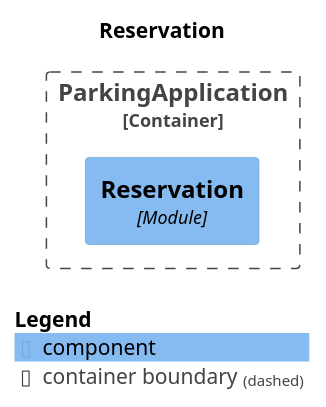
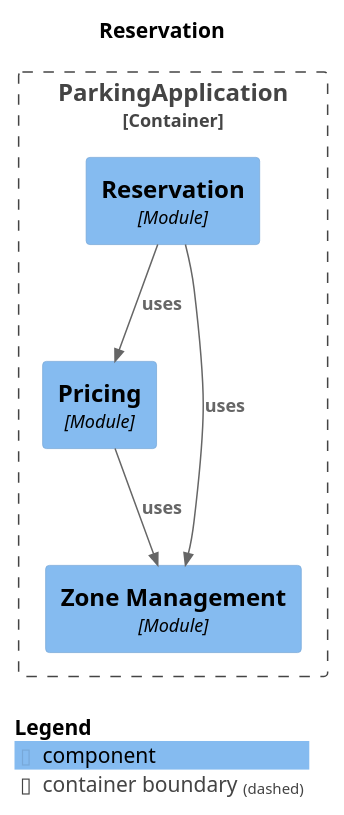
The diagram in target/spring-modulith-docs/module-reservation.puml (VladTZY/Erasmus-CarParking), drawn with PlantUML before and after one commit. The commit also changed 30 other files, not shown here.

```diff
--- a/target/spring-modulith-docs/module-reservation.puml
+++ b/target/spring-modulith-docs/module-reservation.puml
@@ -1,17 +1,22 @@
 @startuml
 set separator none
 title Reservation
 
 top to bottom direction
 
 !include <C4/C4>
 !include <C4/C4_Context>
 !include <C4/C4_Component>
 
 Container_Boundary("ParkingApplication.ParkingApplication_boundary", "ParkingApplication", $tags="") {
+  Component(ParkingApplication.ParkingApplication.Pricing, "Pricing", $techn="Module", $descr="", $tags="", $link="")
   Component(ParkingApplication.ParkingApplication.Reservation, "Reservation", $techn="Module", $descr="", $tags="", $link="")
+  Component(ParkingApplication.ParkingApplication.ZoneManagement, "Zone Management", $techn="Module", $descr="", $tags="", $link="")
 }
 
+Rel(ParkingApplication.ParkingApplication.Reservation, ParkingApplication.ParkingApplication.ZoneManagement, "uses", $techn="", $tags="", $link="")
+Rel(ParkingApplication.ParkingApplication.Reservation, ParkingApplication.ParkingApplication.Pricing, "uses", $techn="", $tags="", $link="")
+Rel(ParkingApplication.ParkingApplication.Pricing, ParkingApplication.ParkingApplication.ZoneManagement, "uses", $techn="", $tags="", $link="")
 
 SHOW_LEGEND(true)
 @enduml
```
